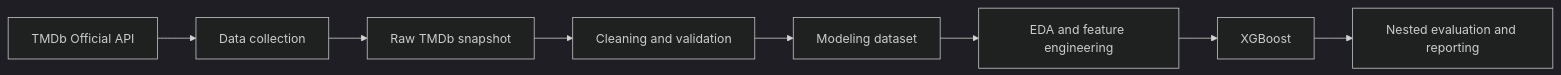
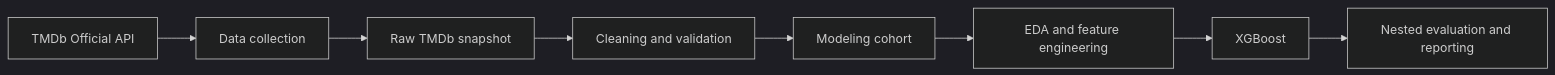
One commit to AlizCuli/movie-success-analysis changed the diagram in README.md. Above: the diagram before and after it, drawn with Mermaid (dark theme). The commit also changed other lines of this file and 34 other files, not shown here.

````diff
--- a/README.md
+++ b/README.md
@@ -44,10 +33,10 @@
 ```mermaid
 flowchart LR
     A["TMDb Official API"] --> B["Data collection"]
     B --> C["Raw TMDb snapshot"]
     C --> D["Cleaning and validation"]
-    D --> E["Modeling dataset"]
+    D --> E["Modeling cohort"]
     E --> F["EDA and feature engineering"]
     F --> G["XGBoost"]
     G --> H["Nested evaluation and reporting"]
 ```
````
